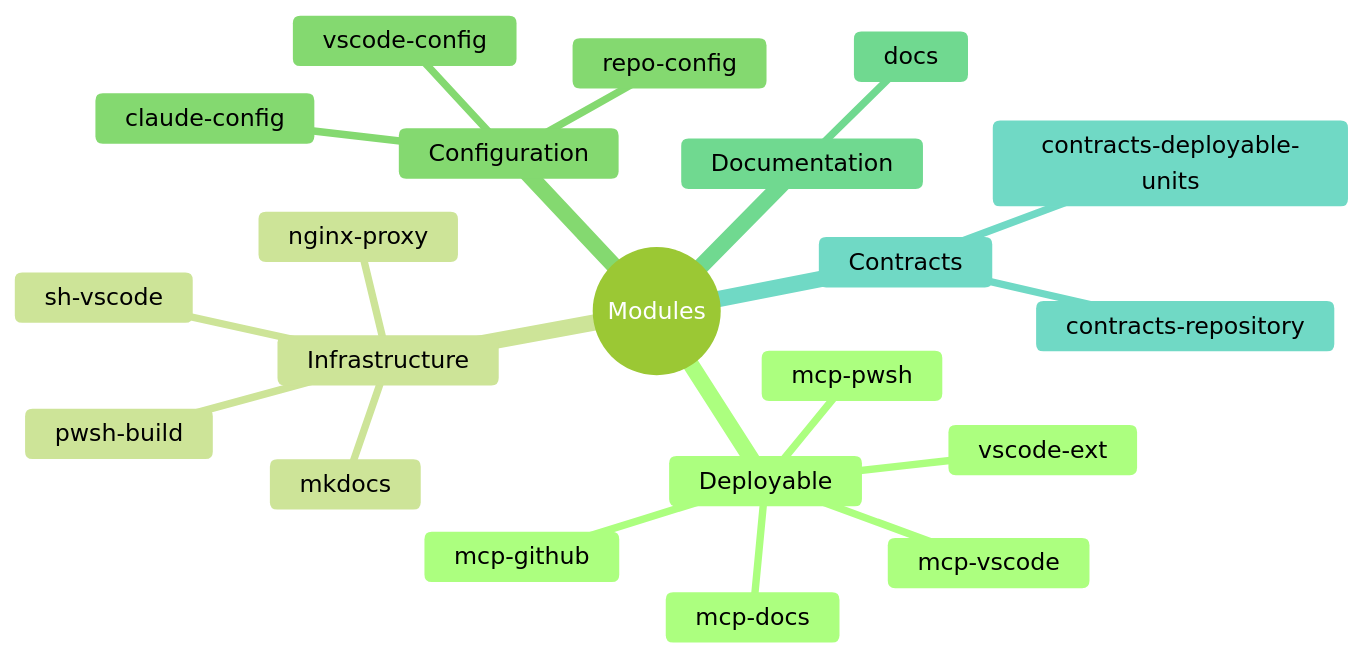
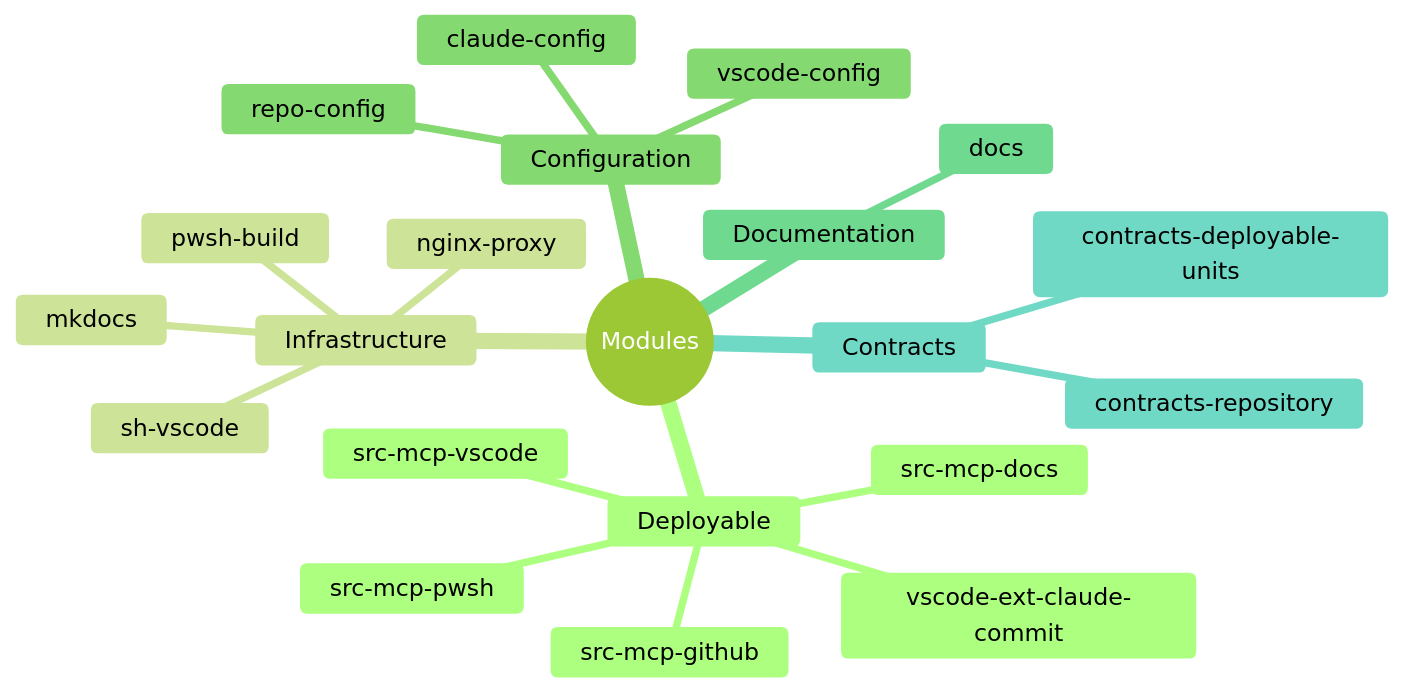
One commit to ready-to-release/eac changed the eighth of 13 diagrams in docs/guide/module-detection.md. Above: the diagram before and after it, drawn with Mermaid (forest theme). The commit also changed other lines of this file and 28 other files, not shown here.

````diff
--- a/docs/guide/module-detection.md
+++ b/docs/guide/module-detection.md
@@ -252,24 +252,24 @@
 ```mermaid
 mindmap
   root((Modules))
     Deployable
-      mcp-pwsh
-      mcp-docs
-      mcp-github
-      mcp-vscode
-      vscode-ext
+      src-mcp-pwsh
+      src-mcp-docs
+      src-mcp-github
+      src-mcp-vscode
+      vscode-ext-claude-commit
     Infrastructure
       sh-vscode
       pwsh-build
       mkdocs
       nginx-proxy
     Configuration
       claude-config
       vscode-config
       repo-config
     Documentation
       docs
     Contracts
       contracts-repository
       contracts-deployable-units
 ```
````
